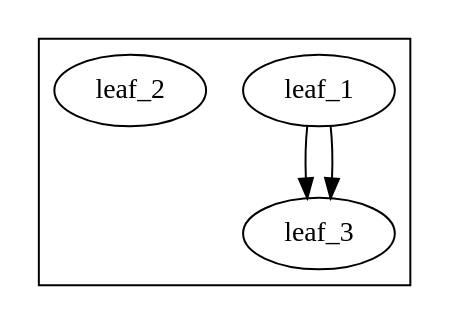
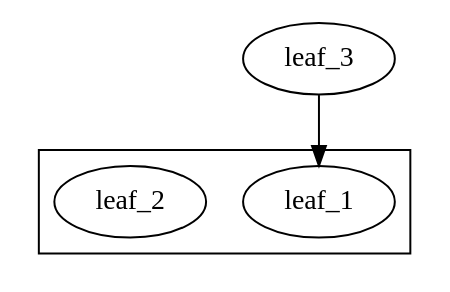
The diagram in x3d/dependency.dot (stefanrinderle/SoftViz3D), drawn with Graphviz before and after one commit. The commit also changed 2 other files, not shown here.

```diff
--- a/x3d/dependency.dot
+++ b/x3d/dependency.dot
@@ -1,9 +1,8 @@
 digraph G {
 	subgraph cluster_node_5 {
 		leaf_1;
 		leaf_2;
-		leaf_1 -> leaf_3;
 	}
 	leaf_3;
-	leaf_1 -> leaf_3;
+	leaf_3 -> leaf_1;
 }
```
